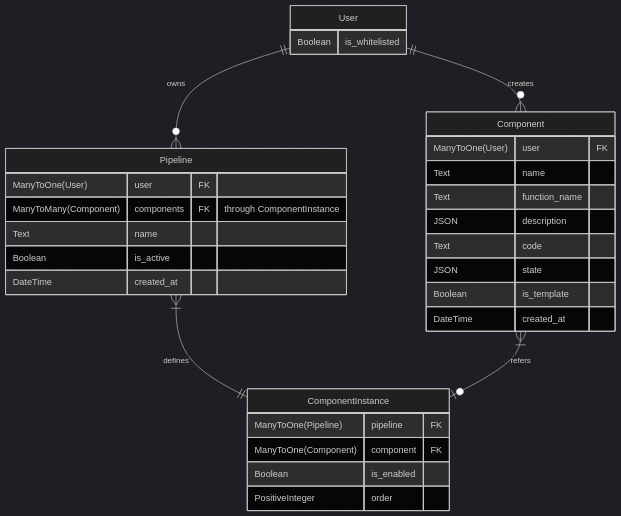
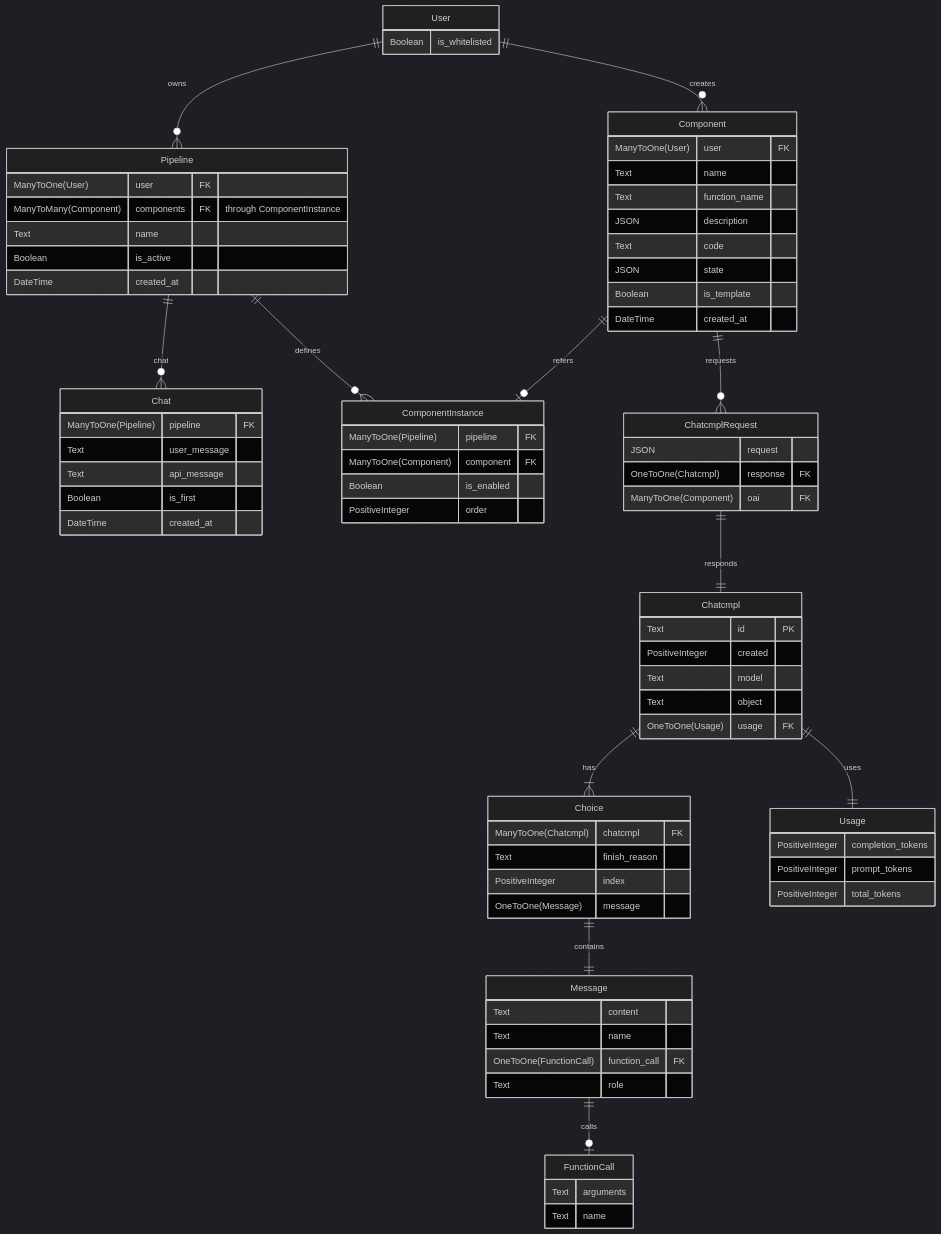
The diagram in README.md (LioQing/chat-composer), drawn with Mermaid (dark theme) before and after one commit. The commit also changed 30 other files, not shown here.

````diff
--- a/README.md
+++ b/README.md
@@ -30,6 +30,14 @@
         DateTime created_at
     }
 
+    Chat {
+        ManyToOne(Pipeline) pipeline FK
+        Text user_message
+        Text api_message
+        Boolean is_first
+        DateTime created_at
+    }
+
     ComponentInstance {
         ManyToOne(Pipeline) pipeline FK
         ManyToOne(Component) component FK
@@ -37,8 +45,57 @@
         PositiveInteger order
     }
 
+    ChatcmplRequest {
+        JSON request
+        OneToOne(Chatcmpl) response FK
+        ManyToOne(Component) oai FK
+    }
+
+    Chatcmpl {
+        Text id PK
+        PositiveInteger created
+        Text model
+        Text object
+        OneToOne(Usage) usage FK
+    }
+
+    Choice {
+        ManyToOne(Chatcmpl) chatcmpl FK
+        Text finish_reason
+        PositiveInteger index
+        OneToOne(Message) message
+    }
+
+    Message {
+        Text content
+        Text name
+        OneToOne(FunctionCall) function_call FK
+        Text role
+    }
+
+    FunctionCall {
+        Text arguments
+        Text name
+    }
+
+    Usage {
+        PositiveInteger completion_tokens
+        PositiveInteger prompt_tokens
+        PositiveInteger total_tokens
+    }
+
     User ||--o{ Pipeline : owns
     User ||--o{ Component : creates
-    Pipeline }|--|| ComponentInstance : defines
-    Component }|--o| ComponentInstance : refers
+    Component ||--o| ComponentInstance : refers
+    Pipeline ||--o{ ComponentInstance : defines
+
+    Pipeline ||--o{ Chat : chat
+    Component ||--o{ ChatcmplRequest : requests
+
+    ChatcmplRequest ||--|| Chatcmpl : responds
+    Chatcmpl ||--|{ Choice : has
+    Choice ||--|| Message : contains
+    Message ||--o| FunctionCall : calls
+    Chatcmpl ||--|| Usage : uses
+
 ```
````
